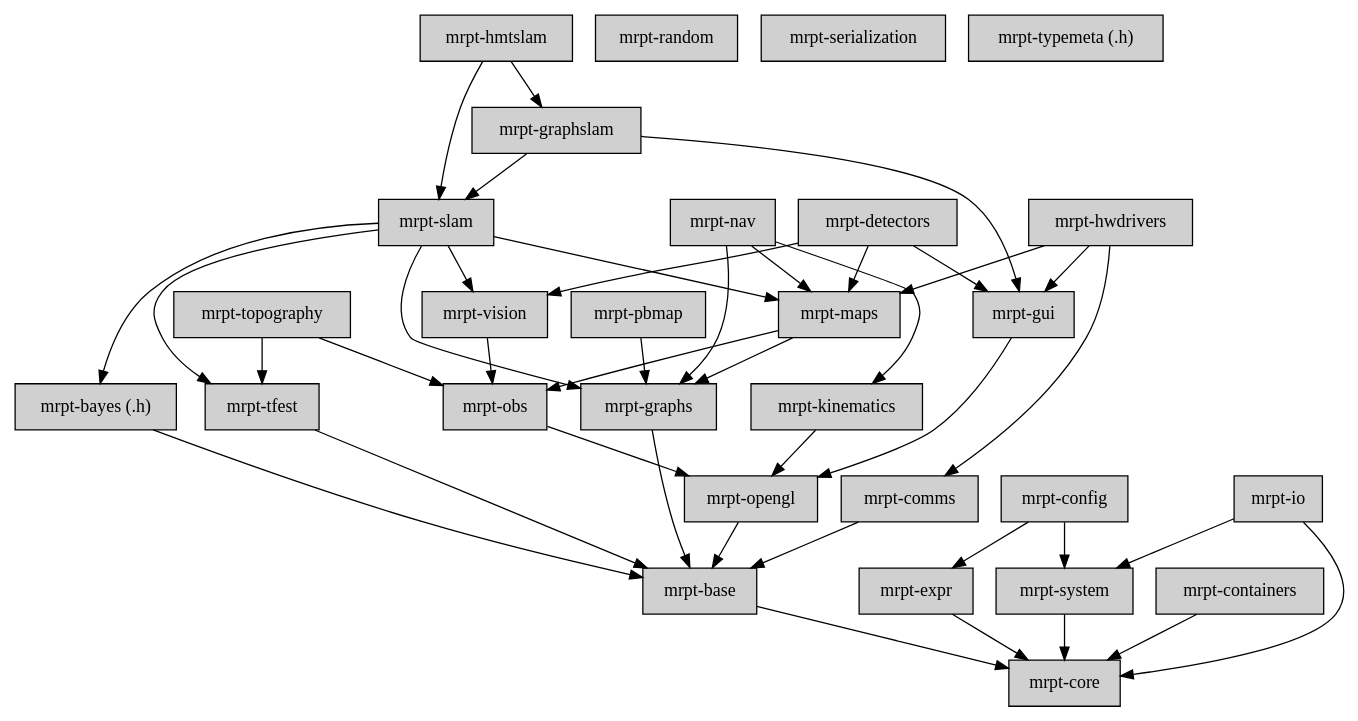
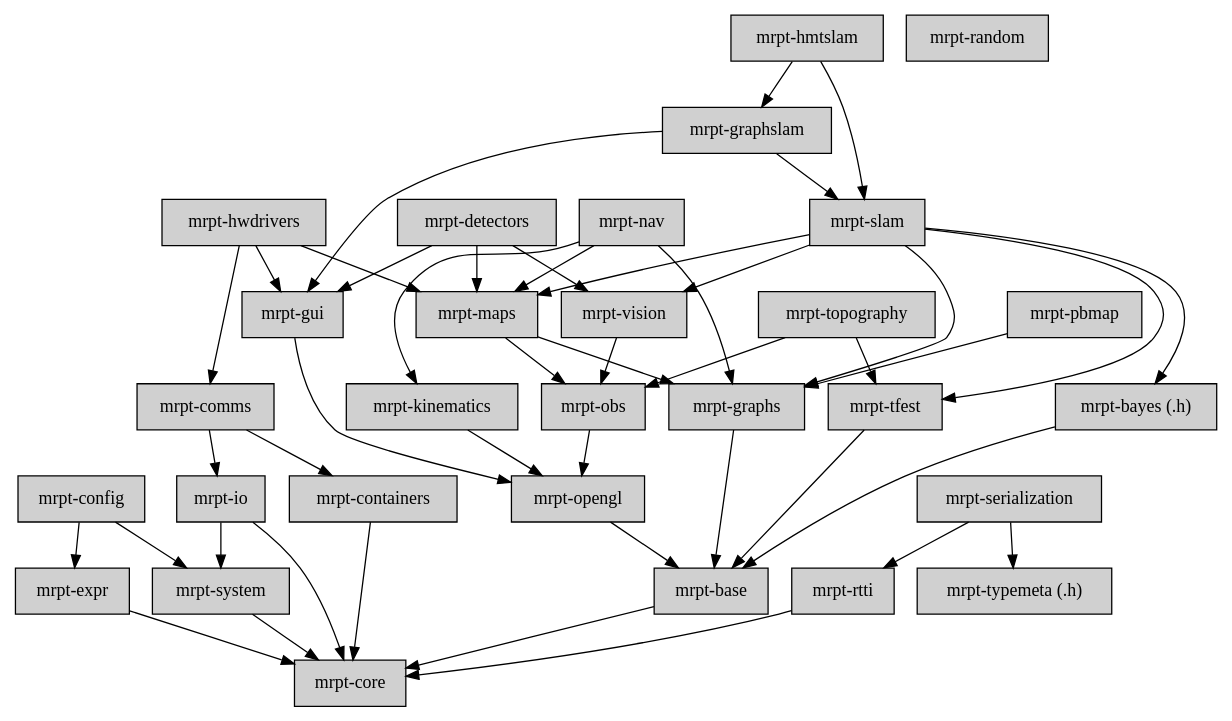
Before and after one commit to MRPT/mrpt: the diagram in doc/design_of_images/graph_mrpt_libs.dot, drawn with Graphviz. The commit also changed 15 other files, not shown here.

```diff
--- a/doc/design_of_images/graph_mrpt_libs.dot
+++ b/doc/design_of_images/graph_mrpt_libs.dot
@@ -1,100 +1,106 @@
 digraph MRPT_LIBS {
 
 	node [shape=box,style=filled, fillcolor="#D0D0D0"];
 
 	base  [label="mrpt-base",URL="group__mrpt__base__grp.html"];
 	base -> core;
-	
+
 	bayes [label="mrpt-bayes (.h)",URL="group__mrpt__bayes__grp.html"];
 	bayes -> base;
-	
+
 	comms [label="mrpt-comms",URL="group__mrpt__comms__grp.html"];
-	comms -> base;
-	
+	comms -> io;
+	comms -> containers
+
 	config   [label="mrpt-config",URL="group__mrpt__config__grp.html"];
 	config -> expr;
 	config -> system;
-	
+
 	containers  [label="mrpt-containers",URL="group__mrpt__containers__grp.html"];
 	containers -> core;
-	
+
 	core       [label="mrpt-core",URL="group__mrpt__core__grp.html"];
-	
+
 	detectors  [label="mrpt-detectors",URL="group__mrpt__detectors__grp.html"];
 	detectors -> gui;
 	detectors -> maps;
 	detectors -> vision;
-	
+
 	expr       [label="mrpt-expr",URL="group__mrpt__expr__grp.html"];
 	expr -> core;
-	
+
 	graphs     [label="mrpt-graphs",URL="group__mrpt__graphs__grp.html"];
 	graphs -> base;
-	
+
 	graphslam  [label="mrpt-graphslam",URL="group__mrpt__graphslam__grp.html"];
 	graphslam -> gui;
 	graphslam -> slam;
-	
+
 	gui        [label="mrpt-gui",URL="group__mrpt__gui__grp.html"];
 	gui -> opengl;
-	
+
 	hmtslam    [label="mrpt-hmtslam",URL="group__mrpt__hmtslam__grp.html"];
 	hmtslam -> graphslam;
 	hmtslam -> slam;
-	
+
 	hwdrivers  [label="mrpt-hwdrivers",URL="group__mrpt__hwdrivers__grp.html"];
 	hwdrivers -> comms;
 	hwdrivers -> gui;
 	hwdrivers -> maps;
-	
+
 	io [label="mrpt-io",URL="group__mrpt__io__grp.html"];
 	io  -> core;
 	io  -> system;
-	
+
 	kinematics -> opengl;
 	kinematics [label="mrpt-kinematics",URL="group__mrpt__kinematics__grp.html"];
-	
+
 	maps       [label="mrpt-maps",URL="group__mrpt__maps__grp.html"];
 	maps -> graphs;
 	maps -> obs;
-	
+
 	nav        [label="mrpt-nav",URL="group__mrpt__nav__grp.html"];
 	nav -> graphs;
 	nav -> kinematics;
 	nav -> maps;
-	
+
 	obs        [label="mrpt-obs",URL="group__mrpt__obs__grp.html"];
 	obs -> opengl;
-	
+
 	opengl     [label="mrpt-opengl", URL="group__mrpt__opengl__grp.html"];
 	opengl -> base;
-	
+
 	pbmap      [label="mrpt-pbmap",URL="group__mrpt__pbmap__grp.html"];
 	pbmap -> graphs;
-	
+
 	random     [label="mrpt-random",URL="group__mrpt__random__grp.html"];
-	
+
+	rtti     [label="mrpt-rtti",URL="group__mrpt__rtti__grp.html"];
+	rtti -> core;
+
 	serialization [label="mrpt-serialization",URL="group__mrpt__serialization__grp.html"];
-	
+	serialization -> typemeta;
+	serialization -> rtti;
+
 	slam       [label="mrpt-slam",URL="group__mrpt__slam__grp.html"];
 	slam -> bayes;
 	slam -> graphs;
 	slam -> maps;
 	slam -> tfest;
 	slam -> vision;
-	
+
 	system     [label="mrpt-system",URL="group__mrpt__system__grp.html"];
 	system -> core;
-	
+
 	tfest      [label="mrpt-tfest",URL="group__mrpt__tfest__grp.html"];
 	tfest -> base;
-	
+
 	topography -> obs;
 	topography -> tfest;
 	topography [label="mrpt-topography",URL="group__mrpt__topography__grp.html"];
-	
+
 	typemeta [label="mrpt-typemeta (.h)",URL="group__mrpt__typemeta__grp.html"];
-	
+
 	vision     [label="mrpt-vision",URL="group__mrpt__vision__grp.html"];
 	vision -> obs;
 }
```
